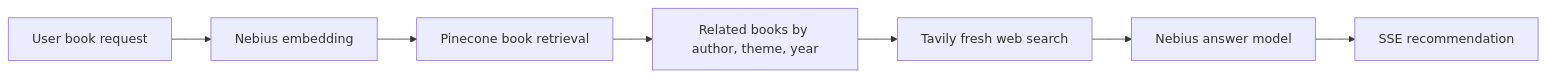
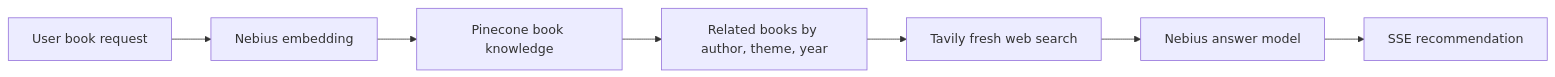
One commit to csauvage/nebius-cookbook changed the diagram in cookbooks/03-real-time-data-tavily/README.md. Above: the diagram before and after it, drawn with Mermaid. The commit also changed other lines of this file and 23 other files, not shown here.

Commit message:
chore(docs): rename pinecone retrieval to knowledge

````diff
--- a/cookbooks/03-real-time-data-tavily/README.md
+++ b/cookbooks/03-real-time-data-tavily/README.md
@@ -31,9 +31,9 @@
 ```mermaid
 flowchart LR
     A[User book request] --> B[Nebius embedding]
-    B --> C[Pinecone book retrieval]
+    B --> C[Pinecone book knowledge]
     C --> D[Related books by author, theme, year]
     D --> E[Tavily fresh web search]
     E --> F[Nebius answer model]
     F --> G[SSE recommendation]
 ```
````
